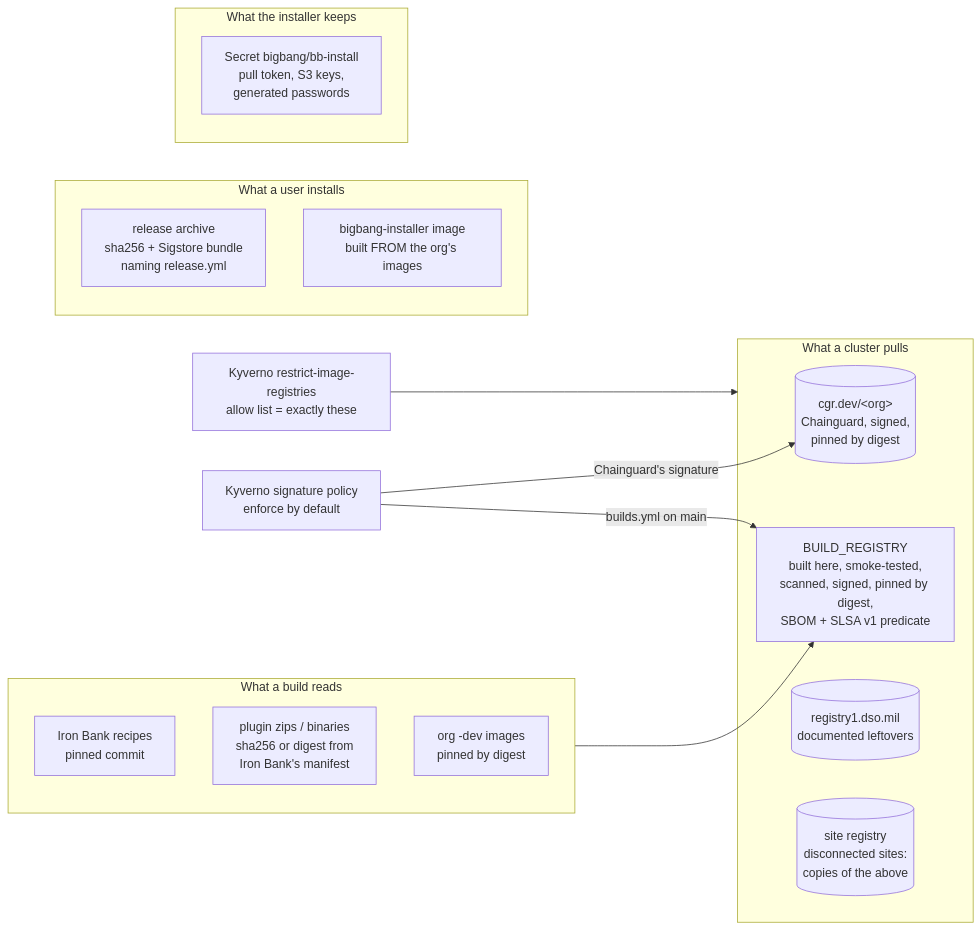
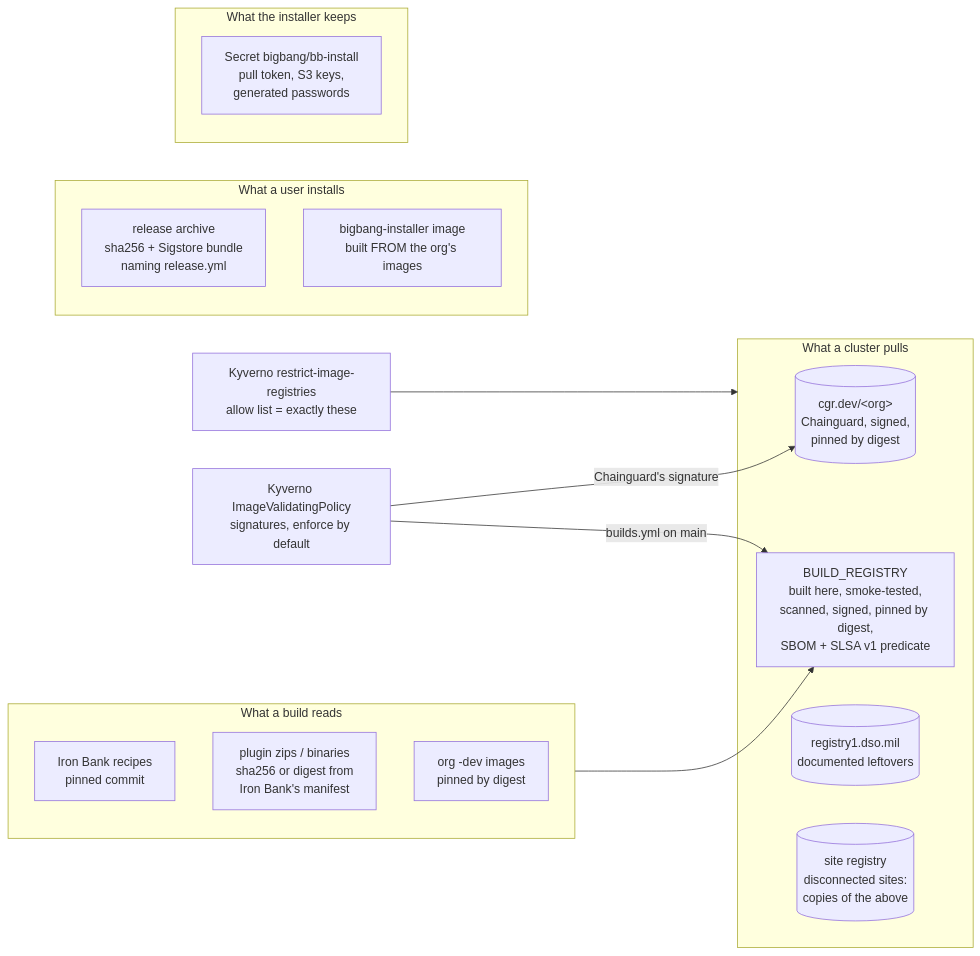
One commit to Zapata-Technology/bigbang-chainguard changed the eighth of 9 diagrams in docs/architecture.md. Above: the diagram before and after it, drawn with Mermaid. The commit also changed other lines of this file and 3 other files, not shown here.

First line of the commit message:
docs: signature policy, release PR rebuilds, repo1 Flux outages (#412)

````diff
--- a/docs/architecture.md
+++ b/docs/architecture.md
@@ -327,26 +328,26 @@
 ```mermaid
 flowchart LR
     subgraph trusted[What a cluster pulls]
         CG[(cgr.dev/&lt;org&gt;<br/>Chainguard, signed,<br/>pinned by digest)]
         BR["BUILD_REGISTRY<br/>built here, smoke-tested,<br/>scanned, signed, pinned by digest,<br/>SBOM + SLSA v1 predicate"]
         IBR[(registry1.dso.mil<br/>documented leftovers)]
         SR[(site registry<br/>disconnected sites:<br/>copies of the above)]
     end
     K[Kyverno restrict-image-registries<br/>allow list = exactly these] --> trusted
-    S[Kyverno signature policy<br/>enforce by default]
+    S[Kyverno ImageValidatingPolicy<br/>signatures, enforce by default]
     S --"Chainguard's signature" --> CG
     S -- "builds.yml on main" --> BR
     subgraph build[What a build reads]
         IBRec[Iron Bank recipes<br/>pinned commit]
         Z[plugin zips / binaries<br/>sha256 or digest from<br/>Iron Bank's manifest]
         CGd[org -dev images<br/>pinned by digest]
     end
     build --> BR
     subgraph user[What a user installs]
         REL[release archive<br/>sha256 + Sigstore bundle<br/>naming release.yml]
         INS[bigbang-installer image<br/>built FROM the org's images]
     end
     subgraph state[What the installer keeps]
         SEC[Secret bigbang/bb-install<br/>pull token, S3 keys,<br/>generated passwords]
     end
 ```
````
